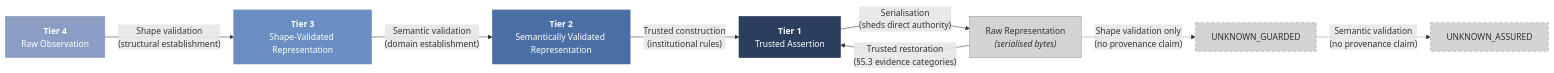
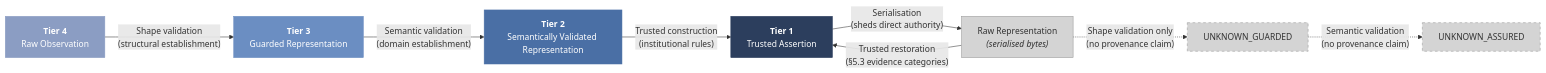
One commit to johnm-dta/wardline changed the second of 2 diagrams in docs/spec/wardline-01-05-authority-tier-enforcement-spec.md. Above: the diagram before and after it, drawn with Mermaid. The commit also changed other lines of this file and 7 other files, not shown here.

````diff
--- a/docs/spec/wardline-01-05-authority-tier-enforcement-spec.md
+++ b/docs/spec/wardline-01-05-authority-tier-enforcement-spec.md
@@ -142,24 +140,24 @@
 ```mermaid
 graph LR
     T4["<b>Tier 4</b><br/>Raw Observation"]
-    T3["<b>Tier 3</b><br/>Shape-Validated Representation"]
+    T3["<b>Tier 3</b><br/>Guarded Representation"]
     T2["<b>Tier 2</b><br/>Semantically Validated Representation"]
     T1["<b>Tier 1</b><br/>Trusted Assertion"]
     RAW["Raw Representation<br/><i>(serialised bytes)</i>"]
 
     T4 -->|"Shape validation<br/>(structural establishment)"| T3
     T3 -->|"Semantic validation<br/>(domain establishment)"| T2
     T2 -->|"Trusted construction<br/>(institutional rules)"| T1
     T1 -->|"Serialisation<br/>(sheds direct authority)"| RAW
     RAW -->|"Trusted restoration<br/>(§5.3 evidence categories)"| T1
     RAW -.->|"Shape validation only<br/>(no provenance claim)"| USV["UNKNOWN_GUARDED"]
     USV -.->|"Semantic validation<br/>(no provenance claim)"| USEV["UNKNOWN_ASSURED"]
 
     style T1 fill:#2C3E5D,color:#fff,stroke:#2C3E5D
     style T2 fill:#4A6FA5,color:#fff,stroke:#4A6FA5
     style T3 fill:#6B8EC2,color:#fff,stroke:#6B8EC2
     style T4 fill:#8B9DC3,color:#fff,stroke:#8B9DC3
     style RAW fill:#D4D4D4,color:#333,stroke:#999
     style USV fill:#D4D4D4,color:#333,stroke:#999,stroke-dasharray: 5 5
     style USEV fill:#D4D4D4,color:#333,stroke:#999,stroke-dasharray: 5 5
 ```
````
